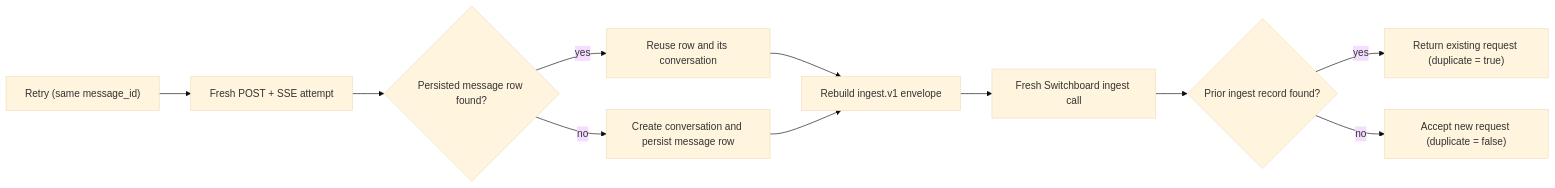
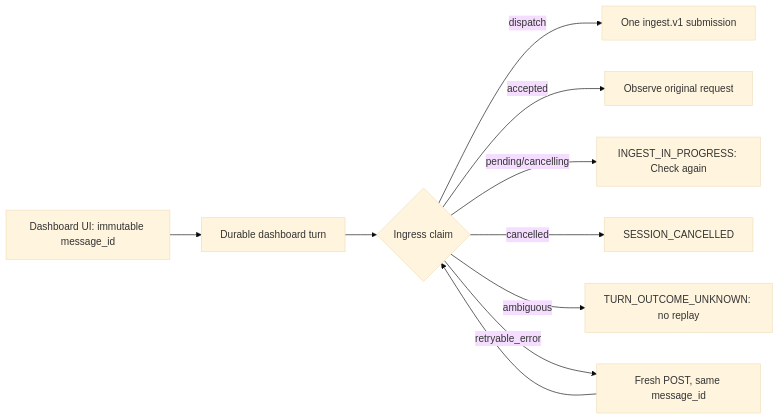
One commit to Tzeusy/butlers changed the diagram in docs/plans/2026-07-17-chat-send-retry-semantics.md. Above: the diagram before and after it, drawn with Mermaid (base theme). The commit also changed other lines of this file and 39 other files, not shown here.

Commit message:
fix(dashboard): fence durable Stop handoff

````diff
--- a/docs/plans/2026-07-17-chat-send-retry-semantics.md
+++ b/docs/plans/2026-07-17-chat-send-retry-semantics.md
@@ -17,13 +15,12 @@
 ```mermaid
 flowchart LR
-    Retry["Retry (same message_id)"] --> Submit["Fresh POST + SSE attempt"]
-    Submit --> Found{"Persisted message row found?"}
-    Found -->|yes| Reuse["Reuse row and its conversation"]
-    Found -->|no| Persist["Create conversation and persist message row"]
-    Reuse --> Envelope["Rebuild ingest.v1 envelope"]
-    Persist --> Envelope
-    Envelope --> Ingest["Fresh Switchboard ingest call"]
-    Ingest --> Seen{"Prior ingest record found?"}
-    Seen -->|yes| Duplicate["Return existing request (duplicate = true)"]
-    Seen -->|no| Accepted["Accept new request (duplicate = false)"]
+    UI["Dashboard UI: immutable message_id"] --> Turn["Durable dashboard turn"]
+    Turn --> Claim{"Ingress claim"}
+    Claim -->|dispatch| Ingest["One ingest.v1 submission"]
+    Claim -->|accepted| Observe["Observe original request"]
+    Claim -->|pending/cancelling| Check["INGEST_IN_PROGRESS: Check again"]
+    Claim -->|cancelled| Stopped["SESSION_CANCELLED"]
+    Claim -->|ambiguous| Unknown["TURN_OUTCOME_UNKNOWN: no replay"]
+    Claim -->|retryable_error| Retry["Fresh POST, same message_id"]
+    Retry --> Claim
 ```
````
